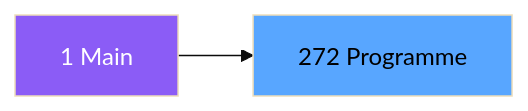
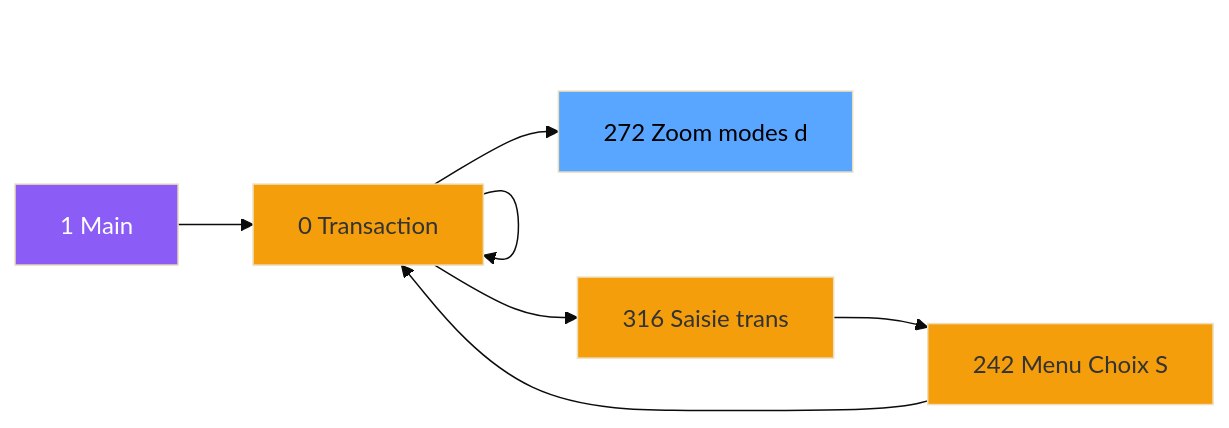
One commit to thonyAGP/magic-migration changed the second of 3 diagrams in .openspec/specs/ADH-IDE-272.md. Above: the diagram before and after it, drawn with Mermaid (base theme). The commit also changed other lines of this file and 323 other files, not shown here.

````diff
--- a/.openspec/specs/ADH-IDE-272.md
+++ b/.openspec/specs/ADH-IDE-272.md
@@ -101,8 +109,23 @@
 ```mermaid
 graph LR
     M[1 Main]
-    T[272 Programme]
-    M --> T
+    N0[0 Transaction ]
+    N0[0 Transaction ]
+    N316[316 Saisie trans]
+    N242[242 Menu Choix S]
+    N0[0 Transaction ]
+    T[272 Zoom modes d]
+    M --> N0
+    N0 --> N0
+    N0 --> N316
+    N316 --> N242
+    N242 --> N0
+    N0 --> T
     style M fill:#8b5cf6,color:#fff
+    style N0 fill:#f59e0b
+    style N0 fill:#f59e0b
+    style N316 fill:#f59e0b
+    style N242 fill:#f59e0b
+    style N0 fill:#f59e0b
     style T fill:#58a6ff,color:#000
 ```
````
